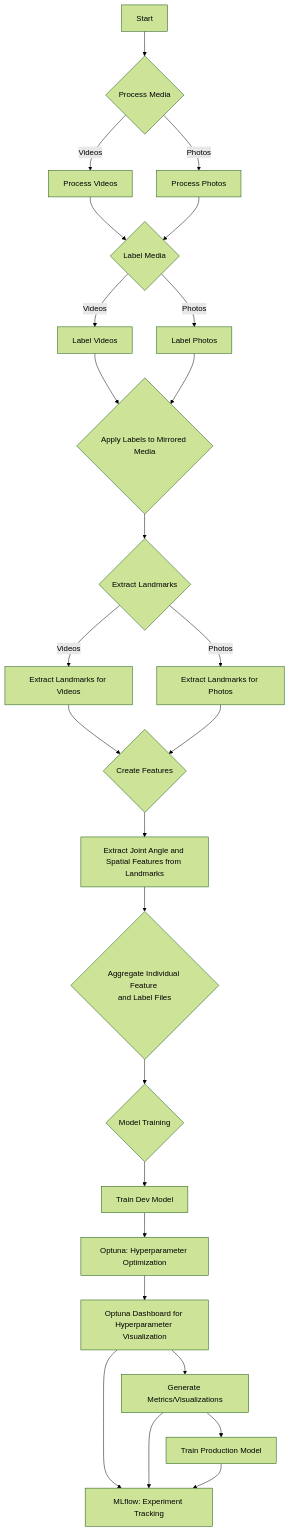
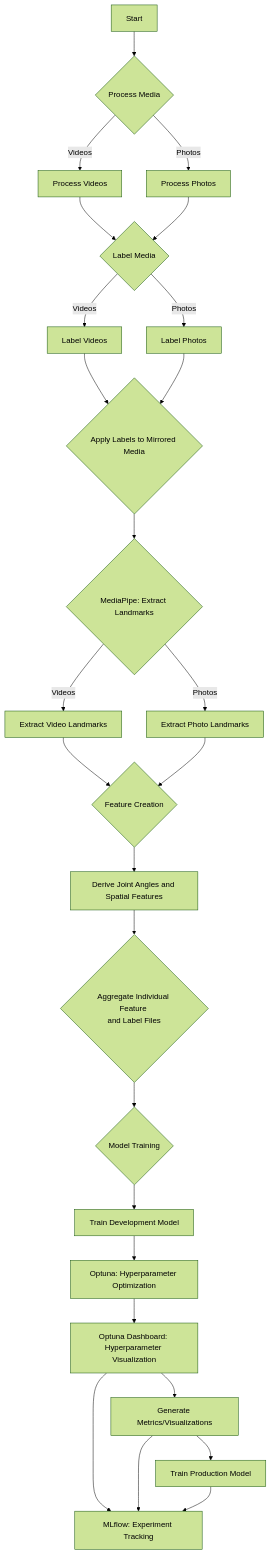
One commit to SloughJE/aerial_straps_classifier changed the diagram in README.md. Above: the diagram before and after it, drawn with Mermaid (forest theme). The commit also changed other lines of this file, not shown here.

````diff
--- a/README.md
+++ b/README.md
@@ -30,42 +32,43 @@
 ```mermaid
 graph TD;
    A[Start] --> B{Process Media};
    B -->|Videos| C[Process Videos];
    B -->|Photos| D[Process Photos];
    
    C --> I{Label Media};
    D --> I;
    
    I -->|Videos| J[Label Videos];
    I -->|Photos| K[Label Photos];
    
    J --> Q{Apply Labels to Mirrored Media};
    K --> Q;
    
-   Q --> R{Extract Landmarks};
-   R -->|Videos| S[Extract Landmarks for Videos];
-   R -->|Photos| T[Extract Landmarks for Photos];
+   Q --> R{MediaPipe: Extract Landmarks};
+   R -->|Videos| S[Extract Video Landmarks];
+   R -->|Photos| T[Extract Photo Landmarks];
    
-   S --> Z{Create Features};
+   S --> Z{Feature Creation};
    T --> Z;
    
-   Z --> U[Extract Joint Angle and Spatial Features from Landmarks];
+   Z --> U[Derive Joint Angles and Spatial Features];
    
    U --> AB{"Aggregate Individual Feature <br>and Label Files"};
     
    AB --> AD{Model Training};
    
-   AD --> AG[Train Dev Model];
+   AD --> AG[Train Development Model];
    
    AG --> AI[Optuna: Hyperparameter Optimization];
-   AI --> AJ[Optuna Dashboard for Hyperparameter Visualization];
+   AI --> AJ[Optuna Dashboard: Hyperparameter Visualization];
    AJ --> AH["MLflow: Experiment Tracking"]; 
    
    AJ --> AK[Generate Metrics/Visualizations];
    AK --> AH; 
    
    AK --> AM[Train Production Model];
    AM --> AH;
 
 
+
 ```
````
